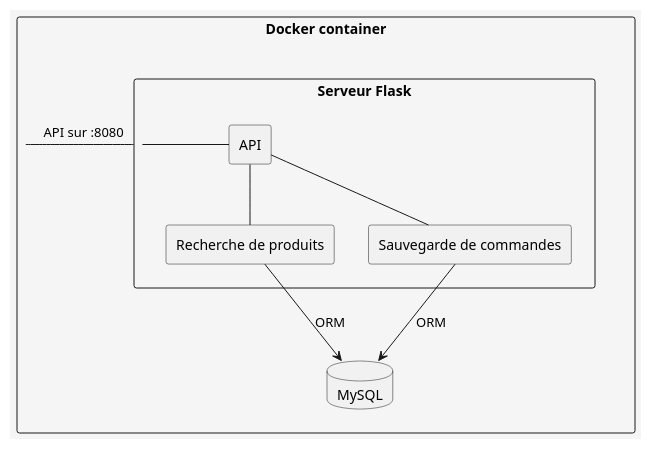
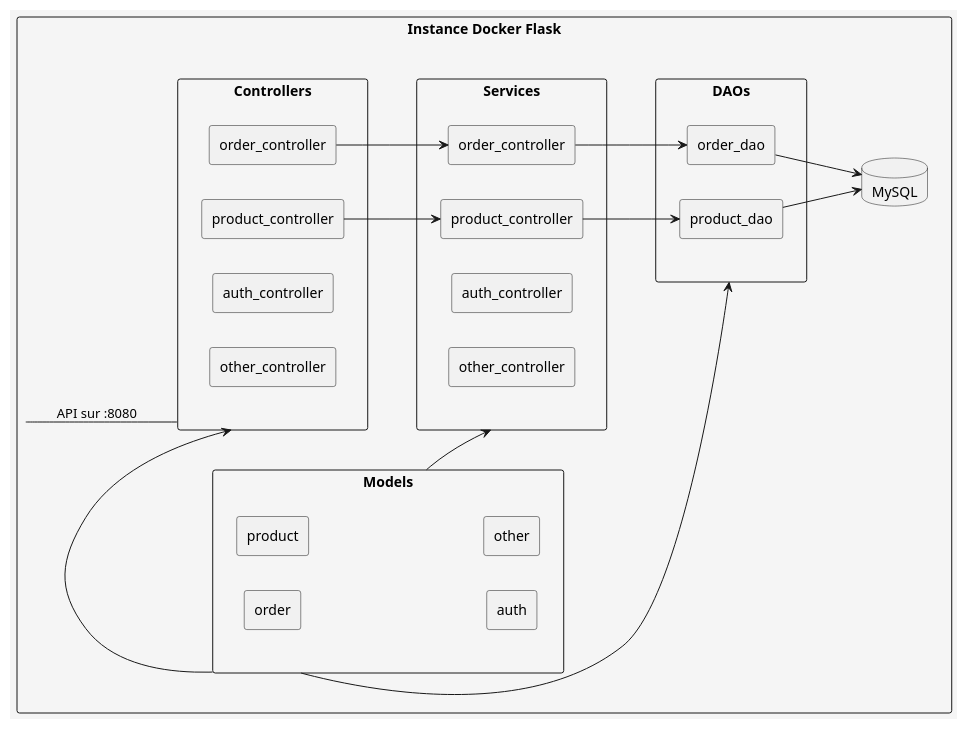
The diagram in documentation/UML/Deploiement/BlockViewLevel2.puml (ErwanDerrien/GestionnaireMagasin), drawn with PlantUML before and after one commit. The commit also changed 14 other files, not shown here.

```diff
--- a/documentation/UML/Deploiement/BlockViewLevel2.puml
+++ b/documentation/UML/Deploiement/BlockViewLevel2.puml
@@ -1,22 +1,45 @@
 @startuml Niveau2
 skinparam {
   BackgroundColor #F5F5F5
   ComponentStyle rectangle
 }
 
-component "Docker container" as dc {
-  component "Serveur Flask" as sf {
-    [API] as api
-    [Recherche de produits] as products
-    [Sauvegarde de commandes] as orders
+left to right direction
+
+component "Instance Docker Flask" as dc {
+  component "Controllers" {
+    rectangle order_controller as oc
+    rectangle product_controller as pc
+    rectangle auth_controller as ac
+    rectangle other_controller as oc2
+  }
+  component "Services" {
+    rectangle order_controller as os
+    rectangle product_controller as ps
+    rectangle auth_controller as as
+    rectangle other_controller as os2
+  }
+  component "Models" {
+    rectangle order as orders
+    rectangle product as products
+    rectangle auth as auth
+    rectangle other as other
+  }
+  component "DAOs" {
+    rectangle order_dao as od
+    rectangle product_dao as pd
   }
   database "MySQL" as db
 }
 
-sf - api
-api -- products
-api -- orders
-products --> db : ORM
-orders --> db : ORM
-sf - dc : API sur :8080
+dc -- Controllers : API sur :8080
+Models -> Controllers
+Models -> Services
+Models -> DAOs
+oc --> os
+pc --> ps
+os --> od
+ps --> pd
+od --> db
+pd --> db
 @enduml
```
